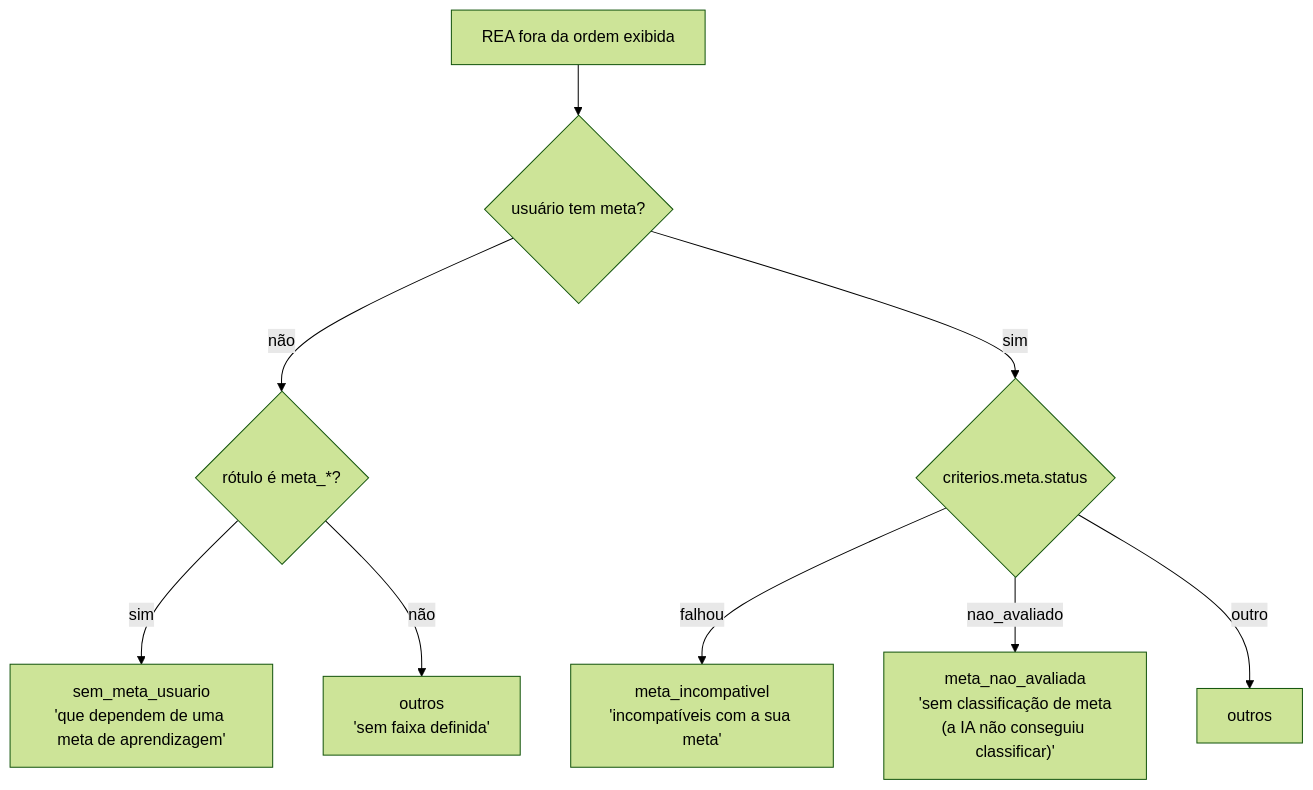
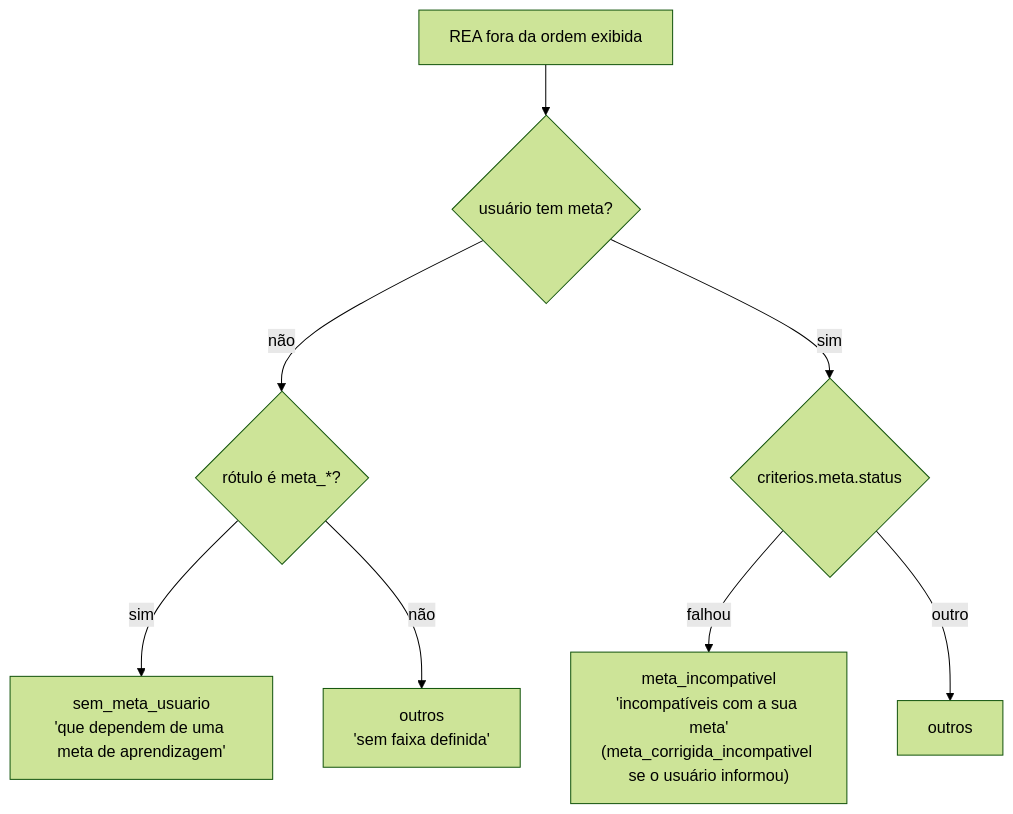
One commit to razimbrao/sis-read changed diagram 16 of 25 in docs/fluxos-transparencia.md. Above: the diagram before and after it, drawn with Mermaid (forest theme). The commit also changed other lines of this file and 23 other files, not shown here.

````diff
--- a/docs/fluxos-transparencia.md
+++ b/docs/fluxos-transparencia.md
@@ -543,11 +544,10 @@
 ```mermaid
 flowchart TD
     A["REA fora da ordem exibida"] --> B{"usuário tem meta?"}
     B -- não --> C{"rótulo é meta_*?"}
     C -- sim --> C1["sem_meta_usuario<br/>'que dependem de uma meta de aprendizagem'"]
     C -- não --> C2["outros<br/>'sem faixa definida'"]
     B -- sim --> D{"criterios.meta.status"}
-    D -- falhou --> D1["meta_incompativel<br/>'incompatíveis com a sua meta'"]
-    D -- nao_avaliado --> D2["meta_nao_avaliada<br/>'sem classificação de meta<br/>(a IA não conseguiu classificar)'"]
+    D -- falhou --> D1["meta_incompativel<br/>'incompatíveis com a sua meta'<br/>(meta_corrigida_incompativel se o usuário informou)"]
     D -- outro --> D3["outros"]
 ```
````
